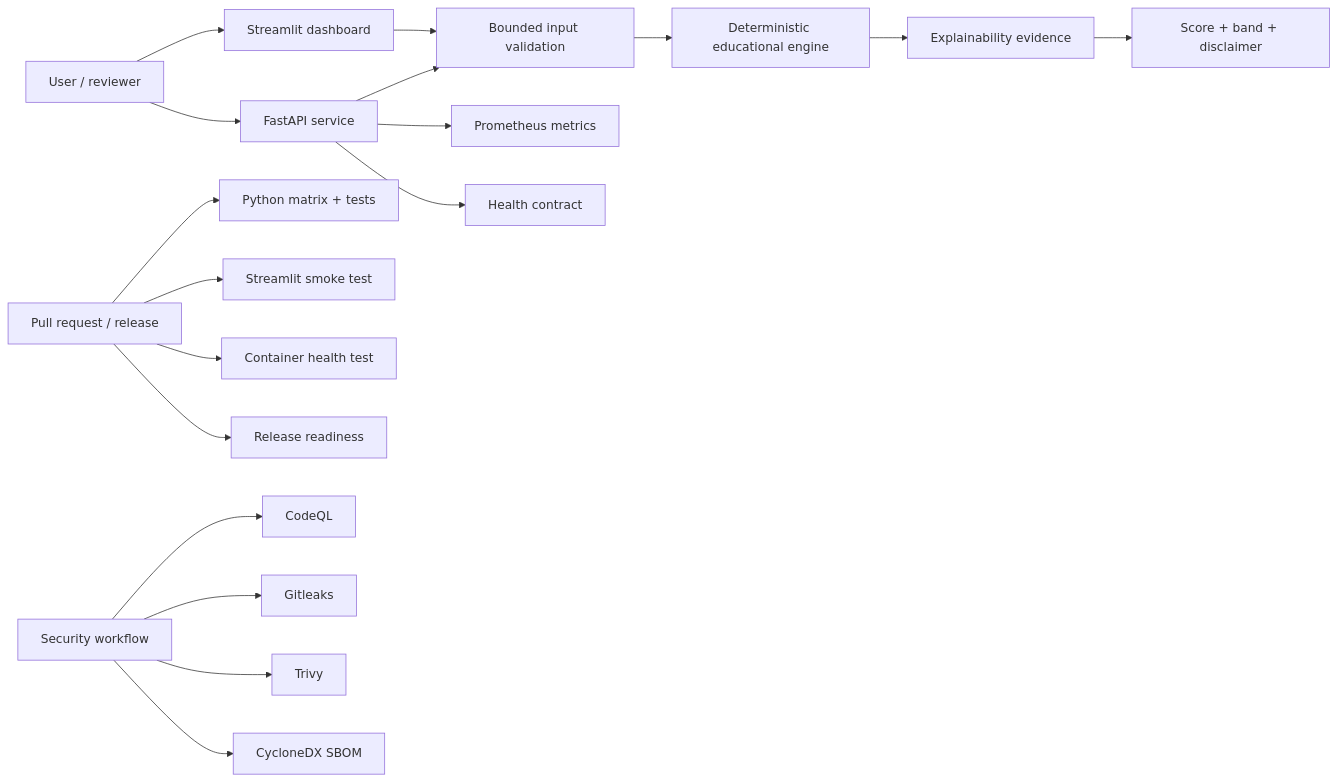
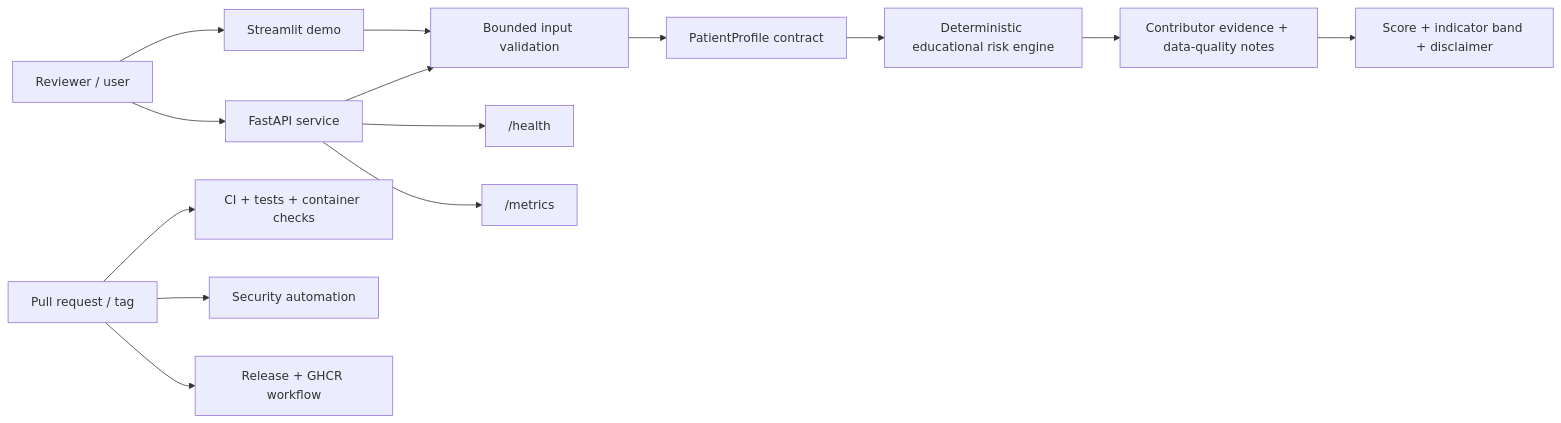
One commit to CoreyLeath-code/Disease_Prediction_Capstone changed the first of 2 diagrams in README.md. Above: the diagram before and after it, drawn with Mermaid. The commit also changed other lines of this file, not shown here.

Commit message:
docs: rebuild README with L6 evidence-first architecture

````diff
--- a/README.md
+++ b/README.md
@@ -100,24 +50,16 @@
 ```mermaid
 flowchart LR
-    U["User / reviewer"] --> S["Streamlit dashboard"]
-    U --> A["FastAPI service"]
-
-    S --> V["Bounded input validation"]
-    A --> V
-    V --> E["Deterministic educational engine"]
-    E --> X["Explainability evidence"]
-    X --> R["Score + band + disclaimer"]
-
-    A --> M["Prometheus metrics"]
-    A --> H["Health contract"]
-
-    C["Pull request / release"] --> T["Python matrix + tests"]
-    C --> SS["Streamlit smoke test"]
-    C --> CS["Container health test"]
-    C --> Q["Release readiness"]
-
-    SEC["Security workflow"] --> CQ["CodeQL"]
-    SEC --> GL["Gitleaks"]
-    SEC --> TR["Trivy"]
-    SEC --> SB["CycloneDX SBOM"]
+    U["Reviewer / user"] --> UI["Streamlit demo"]
+    U --> API["FastAPI service"]
+    UI --> V["Bounded input validation"]
+    API --> V
+    V --> P["PatientProfile contract"]
+    P --> E["Deterministic educational risk engine"]
+    E --> X["Contributor evidence + data-quality notes"]
+    X --> R["Score + indicator band + disclaimer"]
+    API --> H["/health"]
+    API --> M["/metrics"]
+    PR["Pull request / tag"] --> CI["CI + tests + container checks"]
+    PR --> SEC["Security automation"]
+    PR --> REL["Release + GHCR workflow"]
 ```
````
